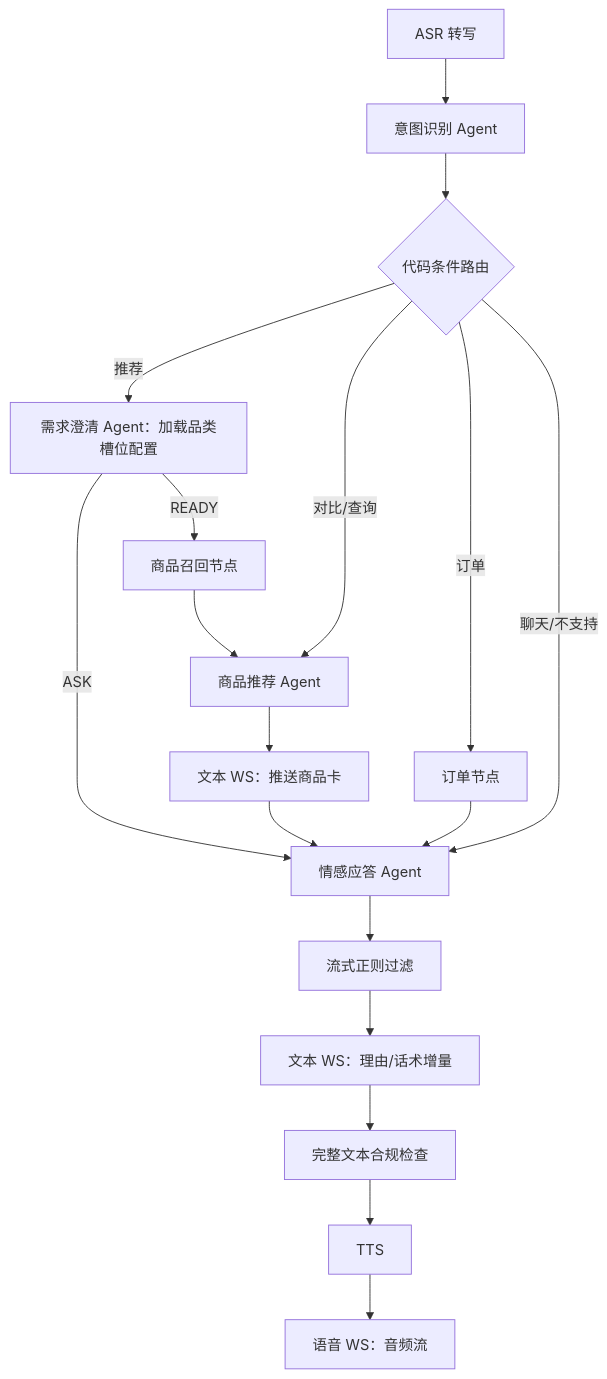
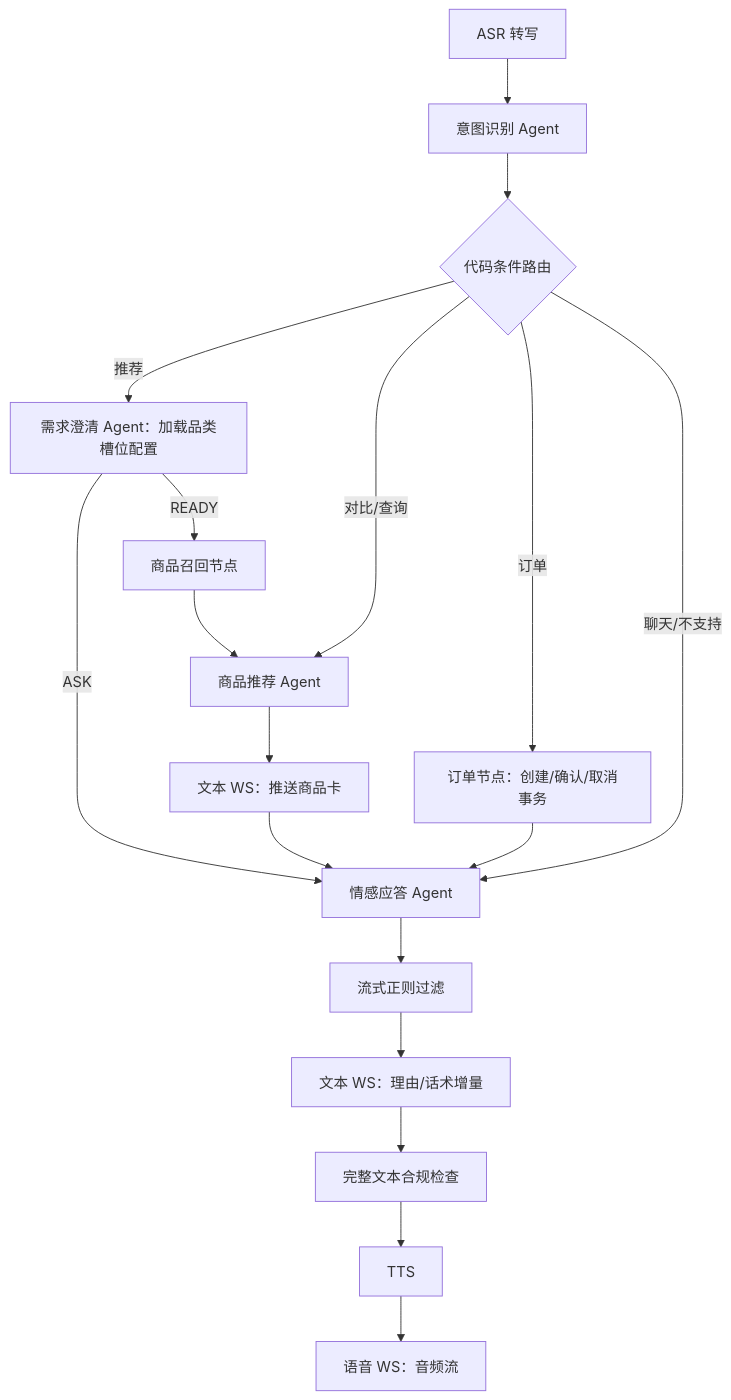
Before and after one commit to ivaris03/voice-shopping-agents: the second of 3 diagrams in docs/architecture.md, drawn with Mermaid. The commit also changed 5 other files, not shown here.

````diff
--- a/docs/architecture.md
+++ b/docs/architecture.md
@@ -77,20 +77,20 @@
 ```mermaid
 flowchart TD
     ASR["ASR 转写"] --> I["意图识别 Agent"]
     I --> R{"代码条件路由"}
     R -->|推荐| C["需求澄清 Agent：加载品类槽位配置"]
     C -->|ASK| E["情感应答 Agent"]
     C -->|READY| G["商品召回节点"]
     G --> P["商品推荐 Agent"]
     R -->|对比/查询| P
-    R -->|订单| O["订单节点"]
+    R -->|订单| O["订单节点：创建/确认/取消事务"]
     R -->|聊天/不支持| E
     P --> W["文本 WS：推送商品卡"]
     W --> E
     O --> E
     E --> F["流式正则过滤"]
     F --> T["文本 WS：理由/话术增量"]
     T --> K["完整文本合规检查"]
     K --> S["TTS"]
     S --> A["语音 WS：音频流"]
 ```
````
